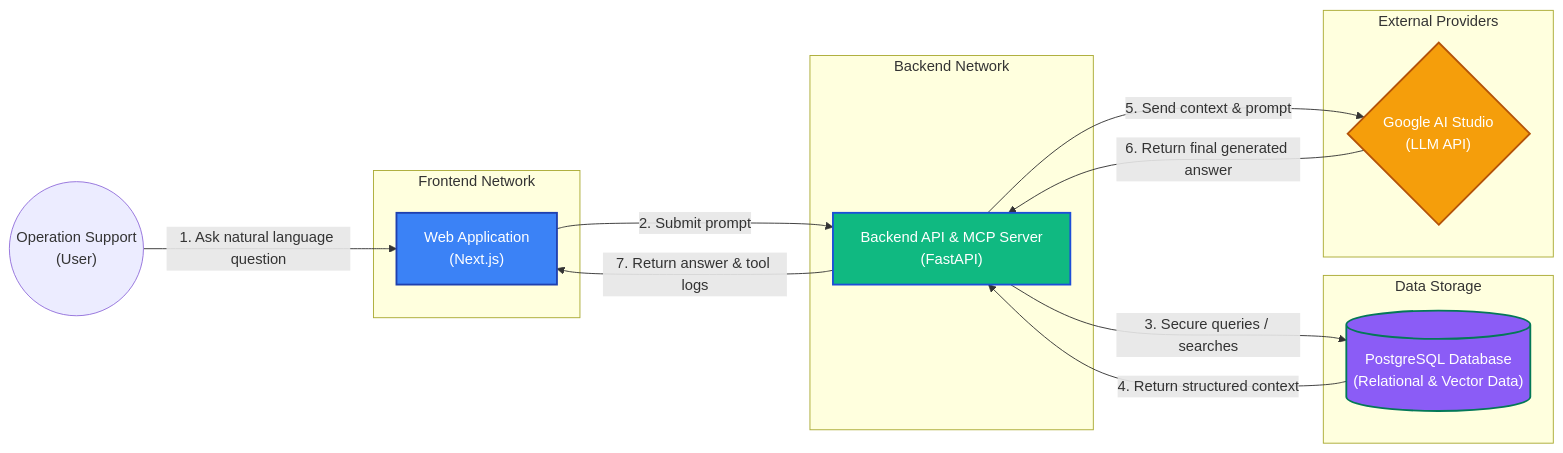
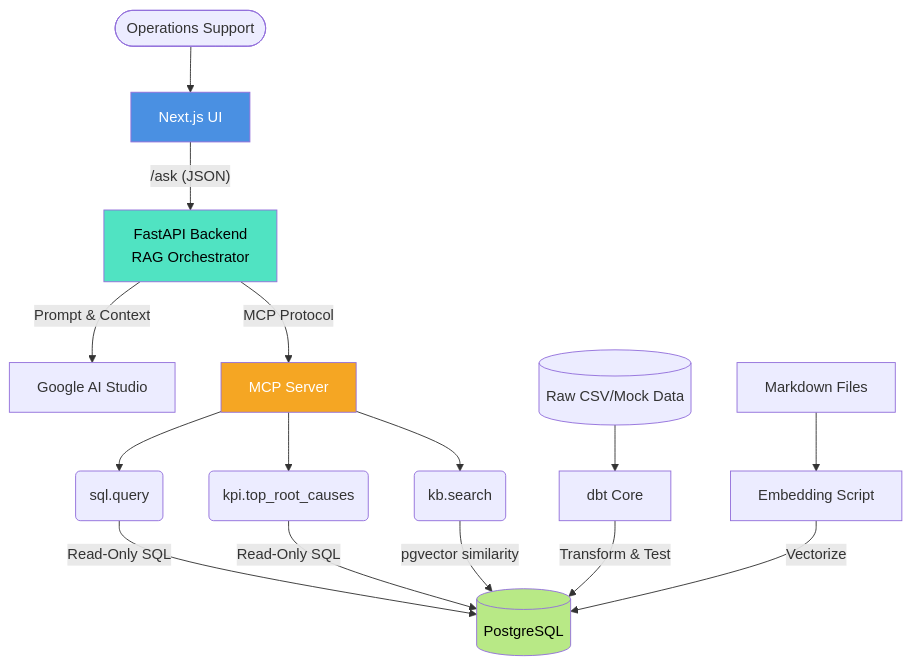
The first of 3 diagrams in docs/interview_prep/ARCHITECTURE_DIAGRAMS.md (JinnawatJid/dBank), drawn with Mermaid before and after one commit. The commit also changed other lines of this file, not shown here.

Commit message:
docs: add interview preparation materials and architecture diagrams
This commit introduces a comprehensive suite of documentation tailored
for a technical CTO interview for a Mission Engineer role.

- Added `docs/interview_prep/PRESENTATION_GUIDE.md` containing a
  45-minute presentation script in conversational Thai, breaking
  down project requirements into six key points.
- Added `docs/interview_prep/ANTICIPATED_QA.md` with CTO-level questions
  and expected answers.
- Added `docs/interview_prep/ARCHITECTURE_DIAGRAMS.md` with Mermaid
  diagrams for the system architecture (C4 context), secure tool
  execution sequence, and data engineering pipeline.
- Created `docs/study_guides/` directory containing targeted deep-dive
  reference materials for NotebookLM ingestion:
  - `AI_Guardrails.md`
  - `Data_Layer_dbt.md`
  - `Deployment_Grade.md`
  - `MCP.md`
  - `RAG.md`
  - `pgvector.md`
- Fixed CI workflow failures in `.github/workflows/ci.yml` by updating
  Node versions to v24 and passing the required `POSTGRES_USER`
  environment variable to the db initialization script.

````diff
--- a/docs/interview_prep/ARCHITECTURE_DIAGRAMS.md
+++ b/docs/interview_prep/ARCHITECTURE_DIAGRAMS.md
@@ -10,37 +10,40 @@
 ```mermaid
-graph LR
-    %% Define Styles
-    classDef frontend fill:#3b82f6,stroke:#1e40af,color:white,stroke-width:2px;
-    classDef backend fill:#10b981,stroke:#1d4ed8,color:white,stroke-width:2px;
-    classDef db fill:#8b5cf6,stroke:#047857,color:white,stroke-width:2px;
-    classDef ai fill:#f59e0b,stroke:#b45309,color:white,stroke-width:2px;
-    classDef external fill:#6b7280,stroke:#374151,color:white,stroke-width:2px;
+graph TD
+    %% User and UI
+    User([Operations Support]) --> UI[Next.js UI]
 
-    %% Nodes
-    User(("Operation Support\n(User)"))
+    %% API & Orchestration
+    UI -- "/ask (JSON)" --> FastAPI[FastAPI Backend\nRAG Orchestrator]
 
-    subgraph "Frontend Network"
-        UI["Web Application\n(Next.js)"]:::frontend
-    end
+    %% LLM & MCP
+    FastAPI -- "Prompt & Context" --> LLM[Google AI Studio]
+    FastAPI -- "MCP Protocol" --> MCPServer[MCP Server]
 
-    subgraph "Backend Network"
-        API["Backend API & MCP Server\n(FastAPI)"]:::backend
-    end
+    %% Tools inside MCP
+    MCPServer --> Tool1(sql.query)
+    MCPServer --> Tool2(kpi.top_root_causes)
+    MCPServer --> Tool3(kb.search)
 
-    subgraph "Data Storage"
-        DB[("PostgreSQL Database\n(Relational & Vector Data)")]:::db
-    end
+    %% Data Layer
+    Tool1 -- "Read-Only SQL" --> PostgresDB[(PostgreSQL)]
+    Tool2 -- "Read-Only SQL" --> PostgresDB
+    Tool3 -- "pgvector similarity" --> PostgresDB
 
-    subgraph "External Providers"
-        LLM{"Google AI Studio\n(LLM API)"}:::ai
-    end
+    %% Data Pipeline
+    RawData[(Raw CSV/Mock Data)] --> dbt[dbt Core]
+    KnowledgeBase[Markdown Files] --> Embedder[Embedding Script]
 
-    %% Relationships
-    User -- "1. Ask natural language question" --> UI
-    UI -- "2. Submit prompt" --> API
-    API -- "3. Secure queries / searches" --> DB
-    DB -- "4. Return structured context" --> API
-    API -- "5. Send context & prompt" --> LLM
-    LLM -- "6. Return final generated answer" --> API
-    API -- "7. Return answer & tool logs" --> UI
+    dbt -- "Transform & Test" --> PostgresDB
+    Embedder -- "Vectorize" --> PostgresDB
+
+    %% Styling
+    classDef ui fill:#4A90E2,color:white;
+    classDef api fill:#50E3C2,color:black;
+    classDef mcp fill:#F5A623,color:white;
+    classDef db fill:#B8E986,color:black;
+
+    class UI ui;
+    class FastAPI api;
+    class MCPServer mcp;
+    class PostgresDB db;
 ```
````
